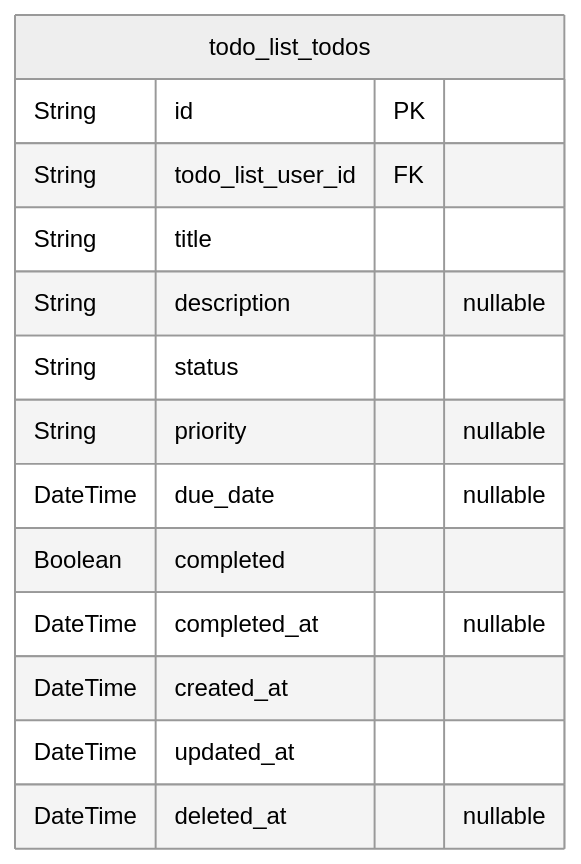
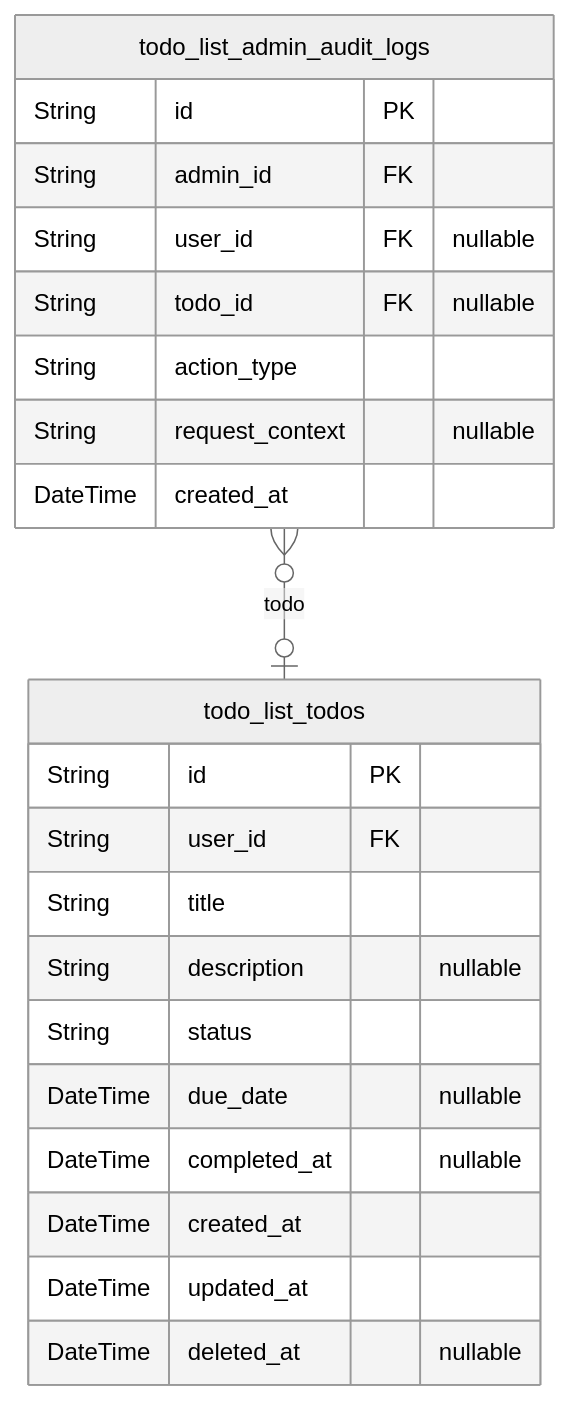
One commit to wrtnlabs/autobe-examples changed the second of 2 diagrams in anthropic/claude-sonnet-4.5/todo/docs/ERD.md. Above: the diagram before and after it, drawn with Mermaid (neutral theme). The commit also changed other lines of this file and 3372 other files, not shown here.

````diff
--- a/anthropic/claude-sonnet-4.5/todo/docs/ERD.md
+++ b/anthropic/claude-sonnet-4.5/todo/docs/ERD.md
@@ -322,17 +191,25 @@
 ```mermaid
 erDiagram
 "todo_list_todos" {
   String id PK
-  String todo_list_user_id FK
+  String user_id FK
   String title
   String description "nullable"
   String status
-  String priority "nullable"
   DateTime due_date "nullable"
-  Boolean completed
   DateTime completed_at "nullable"
   DateTime created_at
   DateTime updated_at
   DateTime deleted_at "nullable"
 }
+"todo_list_admin_audit_logs" {
+  String id PK
+  String admin_id FK
+  String user_id FK "nullable"
+  String todo_id FK "nullable"
+  String action_type
+  String request_context "nullable"
+  DateTime created_at
+}
+"todo_list_admin_audit_logs" }o--o| "todo_list_todos" : todo
 ```
````
